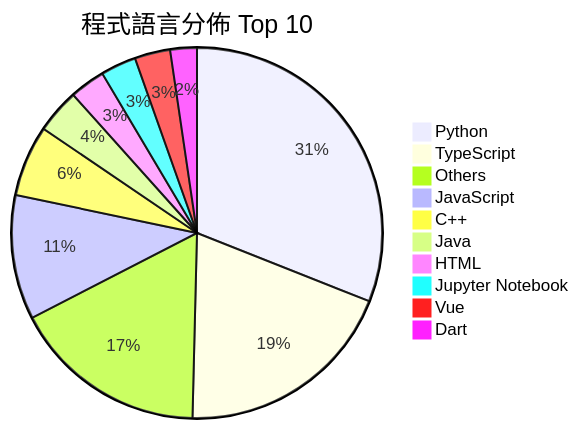
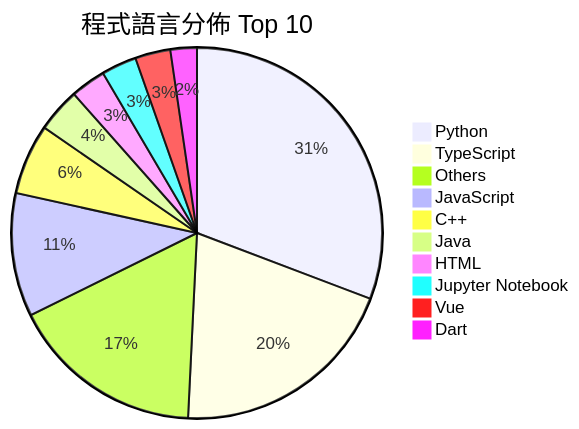
Before and after one commit to Andy87877/GitHub-Star-Manager: the second of 2 diagrams in README.md, drawn with Mermaid. The commit also changed other lines of this file and 3 other files, not shown here.

````diff
--- a/README.md
+++ b/README.md
@@ -27,13 +27,13 @@
 ```mermaid
 pie title 程式語言分佈 Top 10
     "Python" : 40
-    "TypeScript" : 25
+    "TypeScript" : 26
     "Others" : 22
     "JavaScript" : 14
     "C++" : 8
     "Java" : 5
     "HTML" : 4
     "Jupyter Notebook" : 4
     "Vue" : 4
     "Dart" : 3
 ```
````
